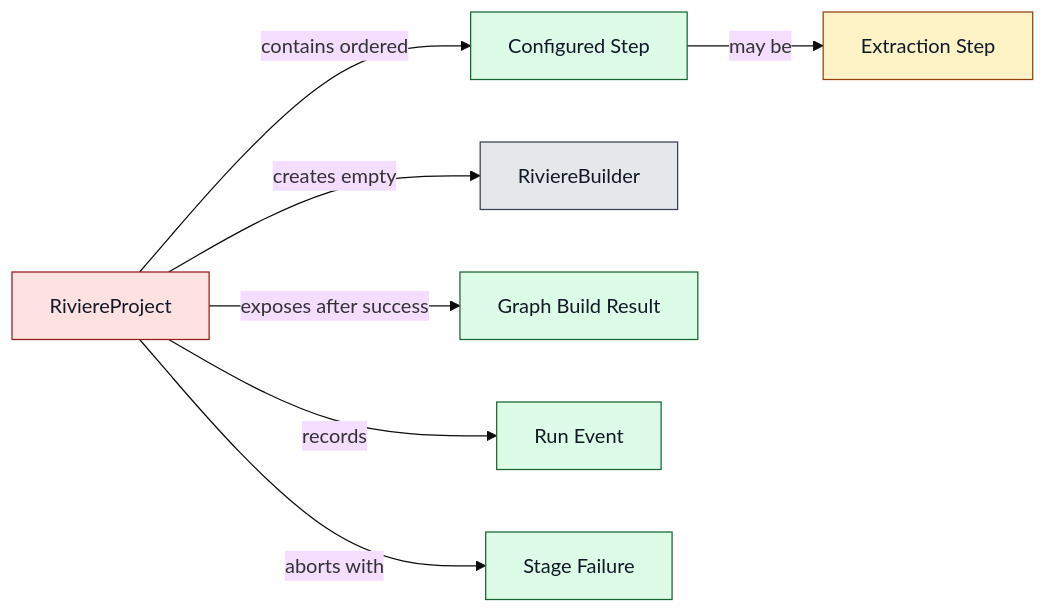
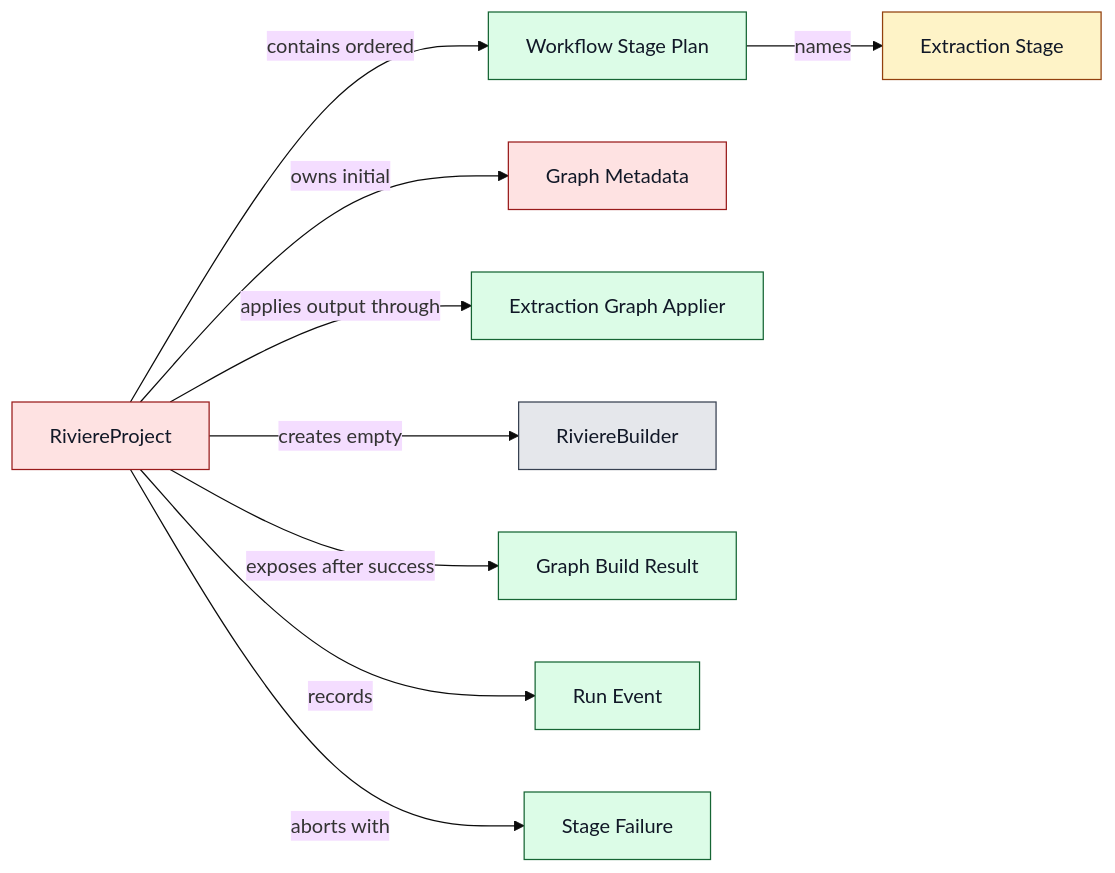
The first of 5 diagrams in docs/project/PRD/riviere-extraction-workflows-v1/ARCH.md (NTCoding/living-architecture), drawn with Mermaid (base theme) before and after one commit. The commit also changed other lines of this file, not shown here.

Commit message:
docs: model workflow extraction stages

````diff
--- a/docs/project/PRD/riviere-extraction-workflows-v1/ARCH.md
+++ b/docs/project/PRD/riviere-extraction-workflows-v1/ARCH.md
@@ -81,29 +124,35 @@
 ```mermaid
 flowchart LR
   riviereProject["RiviereProject"]
-  projectStep["Configured Step"]
-  extractionStep["Extraction Step"]
+  stagePlan["Workflow Stage Plan"]
+  graphMetadata["Graph Metadata"]
+  extractionStage["Extraction Stage"]
+  graphApplier["Extraction Graph Applier"]
   builder["RiviereBuilder"]
   graphResult["Graph Build Result"]
   runEvent["Run Event"]
   failure["Stage Failure"]
 
-  riviereProject -->|contains ordered| projectStep
-  projectStep -->|may be| extractionStep
+  riviereProject -->|contains ordered| stagePlan
+  riviereProject -->|owns initial| graphMetadata
+  stagePlan -->|names| extractionStage
   riviereProject -->|creates empty| builder
+  riviereProject -->|applies output through| graphApplier
   riviereProject -->|records| runEvent
   riviereProject -->|aborts with| failure
   riviereProject -->|exposes after success| graphResult
 
   classDef statusExisting fill:#e5e7eb,stroke:#374151,color:#111827
   classDef statusChanged fill:#fef3c7,stroke:#92400e,color:#111827
   classDef statusNew fill:#dcfce7,stroke:#166534,color:#111827
   classDef statusOpen fill:#fee2e2,stroke:#991b1b,color:#111827
   class riviereProject statusOpen
-  class projectStep statusNew
-  class extractionStep statusChanged
+  class stagePlan statusNew
+  class graphMetadata statusOpen
+  class extractionStage statusChanged
+  class graphApplier statusNew
   class builder statusExisting
   class graphResult statusNew
   class runEvent statusNew
   class failure statusNew
 ```
````
